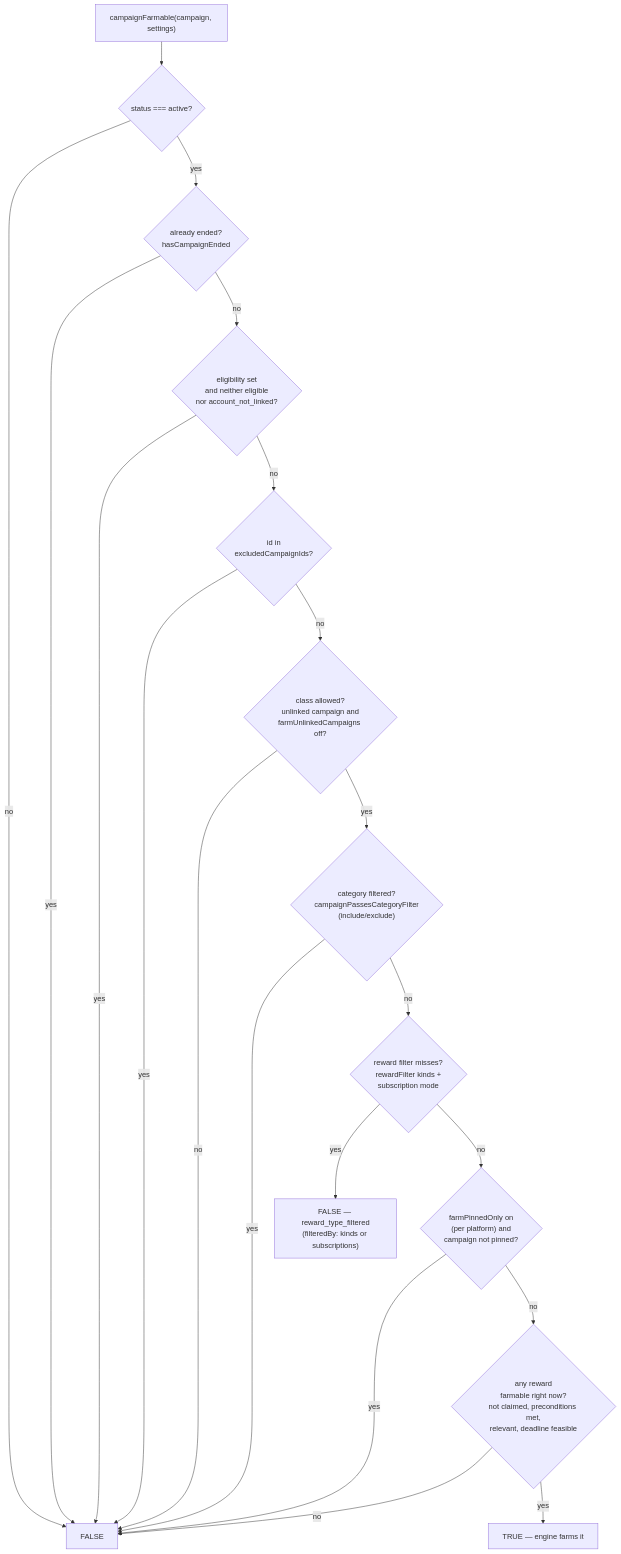
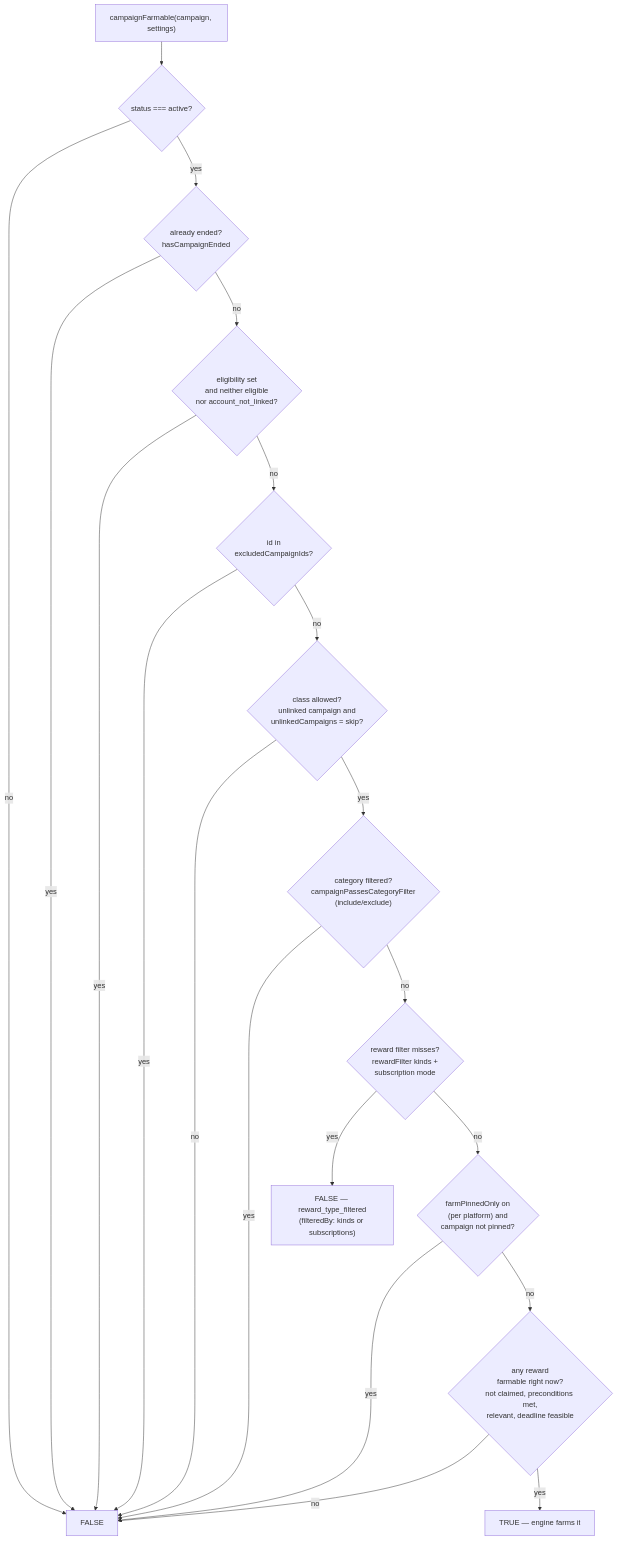
The first of 2 diagrams in docs/campaign-farmability-visibility.md (jamezrin/lurkloot), drawn with Mermaid before and after one commit. The commit also changed other lines of this file and 55 other files, not shown here.

First line of the commit message:
feat(queue): choose include, skip or farm last for unlinked campaigns

````diff
--- a/docs/campaign-farmability-visibility.md
+++ b/docs/campaign-farmability-visibility.md
@@ -19,22 +19,22 @@
 ```mermaid
 flowchart TD
     A["campaignFarmable(campaign, settings)"] --> B{"status === active?"}
     B -- no --> N1["FALSE"]
     B -- yes --> C{"already ended?<br/>hasCampaignEnded"}
     C -- yes --> N1
     C -- no --> D{"eligibility set<br/>and neither eligible<br/>nor account_not_linked?"}
     D -- yes --> N1
     D -- no --> E{"id in<br/>excludedCampaignIds?"}
     E -- yes --> N1
-    E -- no --> F{"class allowed?<br/>unlinked campaign and<br/>farmUnlinkedCampaigns off?"}
+    E -- no --> F{"class allowed?<br/>unlinked campaign and<br/>unlinkedCampaigns = skip?"}
     F -- no --> N1
     F -- yes --> G{"category filtered?<br/>campaignPassesCategoryFilter<br/>(include/exclude)"}
     G -- yes --> N1
     G -- no --> R{"reward filter misses?<br/>rewardFilter kinds +<br/>subscription mode"}
     R -- yes --> N2["FALSE — reward_type_filtered<br/>(filteredBy: kinds or subscriptions)"]
     R -- no --> P{"farmPinnedOnly on<br/>(per platform) and<br/>campaign not pinned?"}
     P -- yes --> N1
     P -- no --> I{"any reward<br/>farmable right now?<br/>not claimed, preconditions met,<br/>relevant, deadline feasible"}
     I -- no --> N1
     I -- yes --> Y1["TRUE — engine farms it"]
 ```
````
